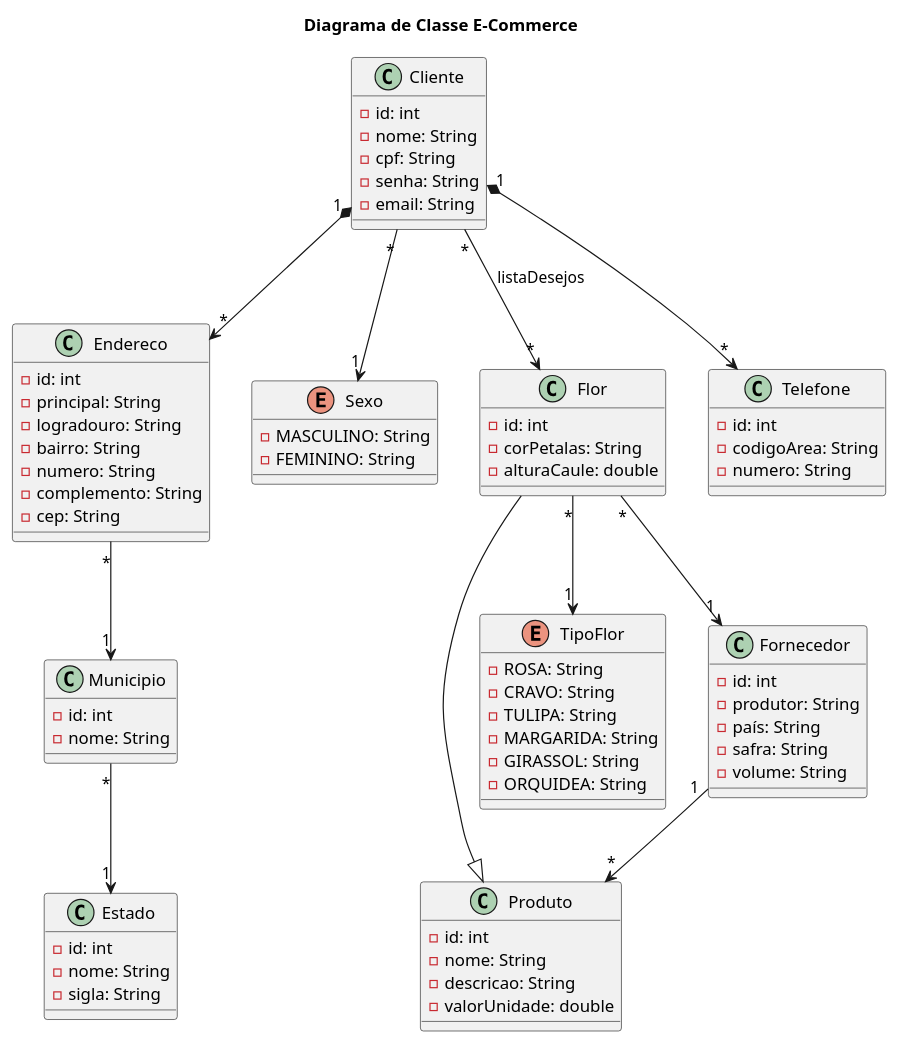
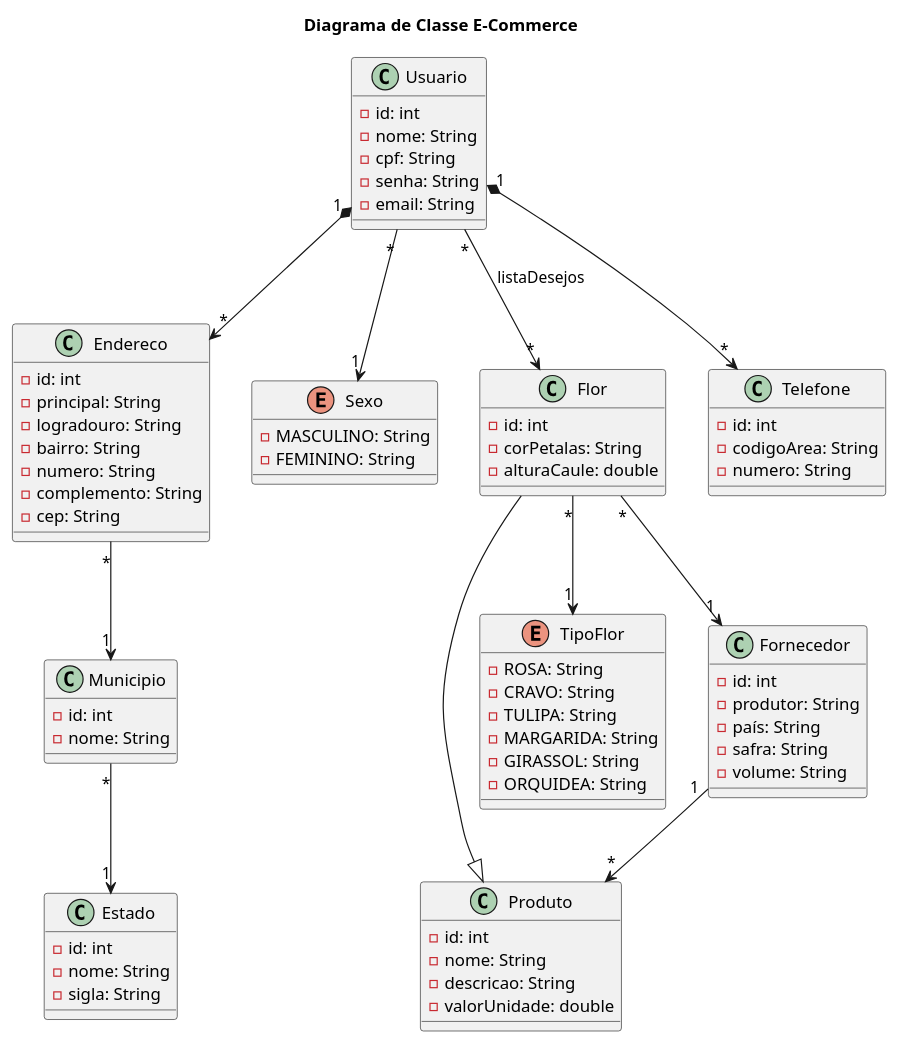
Before and after one commit to luahr13/ecommerce-floriculturaT2: the diagram in classes.plantuml, drawn with PlantUML. The commit also changed 32 other files, not shown here.

Commit message:
change Cliente to Usuario

```diff
--- a/classes.plantuml
+++ b/classes.plantuml
@@ -1,94 +1,94 @@
 @startuml ecommerc
 title Diagrama de Classe E-Commerce
 
 Class Endereco{
     - id: int
     - principal: String
     - logradouro: String
     - bairro: String
     - numero: String
     - complemento: String
     - cep: String
 }
 
-Class Cliente{
+Class Usuario{
     - id: int
     - nome: String
     - cpf: String
     - senha: String
     - email: String
 }
 
 enum Sexo{
     - MASCULINO: String
     - FEMININO: String
 }
 
 class Produto{
     - id: int
     - nome: String
     - descricao: String
     - valorUnidade: double 
 }
 
 class Flor{
     - id: int
     - corPetalas: String
     - alturaCaule: double
 }
 
 enum TipoFlor{
     - ROSA: String
     - CRAVO: String
     - TULIPA: String
     - MARGARIDA: String
     - GIRASSOL: String
     - ORQUIDEA: String
 }
 
 Class Fornecedor{
     - id: int
     - produtor: String
     - país: String
     - safra: String
     - volume: String
 }
 
 Class Telefone{
     - id: int
     - codigoArea: String
     - numero: String
 }
 
 Class Estado{
     - id: int
     - nome: String
     - sigla: String
 }
 
 Class Municipio{
     - id: int
     - nome: String
 }
 
 Flor --|> Produto
 
-Cliente "1"  *--> "*" Endereco
+Usuario "1"  *--> "*" Endereco
 
-Cliente "1" *--> "*" Telefone
+Usuario "1" *--> "*" Telefone
 
-Cliente "*" --> "*" Flor: listaDesejos
+Usuario "*" --> "*" Flor: listaDesejos
 
 Flor "*" --> "1" Fornecedor
 
 Flor "*" --> "1" TipoFlor
 
 Municipio "*" --> "1" Estado
 
 Endereco "*" --> "1" Municipio
 
-Cliente "*" --> "1" Sexo
+Usuario "*" --> "1" Sexo
 
 Fornecedor "1" --> "*" Produto
 
 @enduml
```
